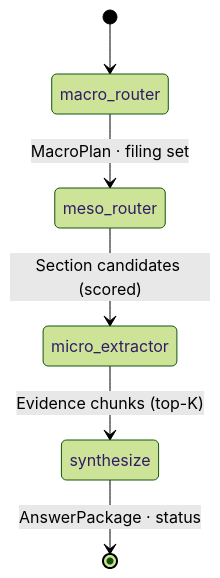
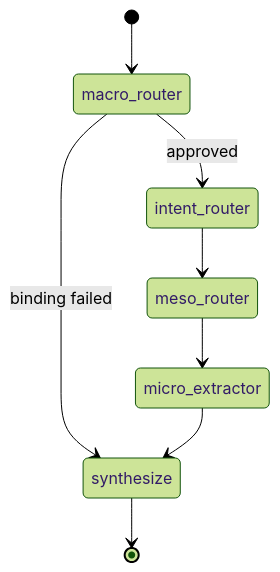
The third of 3 diagrams in README.md (caldeirav/agentic-graphrag-finance), drawn with Mermaid (forest theme) before and after one commit. The commit also changed other lines of this file, not shown here.

````diff
--- a/README.md
+++ b/README.md
@@ -78,8 +187,10 @@
 ```mermaid
 stateDiagram-v2
     [*] --> macro_router
-    macro_router --> meso_router: MacroPlan · filing set
-    meso_router --> micro_extractor: Section candidates (scored)
-    micro_extractor --> synthesize: Evidence chunks (top-K)
-    synthesize --> [*]: AnswerPackage · status
+    macro_router --> synthesize: binding failed
+    macro_router --> intent_router: approved
+    intent_router --> meso_router
+    meso_router --> micro_extractor
+    micro_extractor --> synthesize
+    synthesize --> [*]
 ```
````
